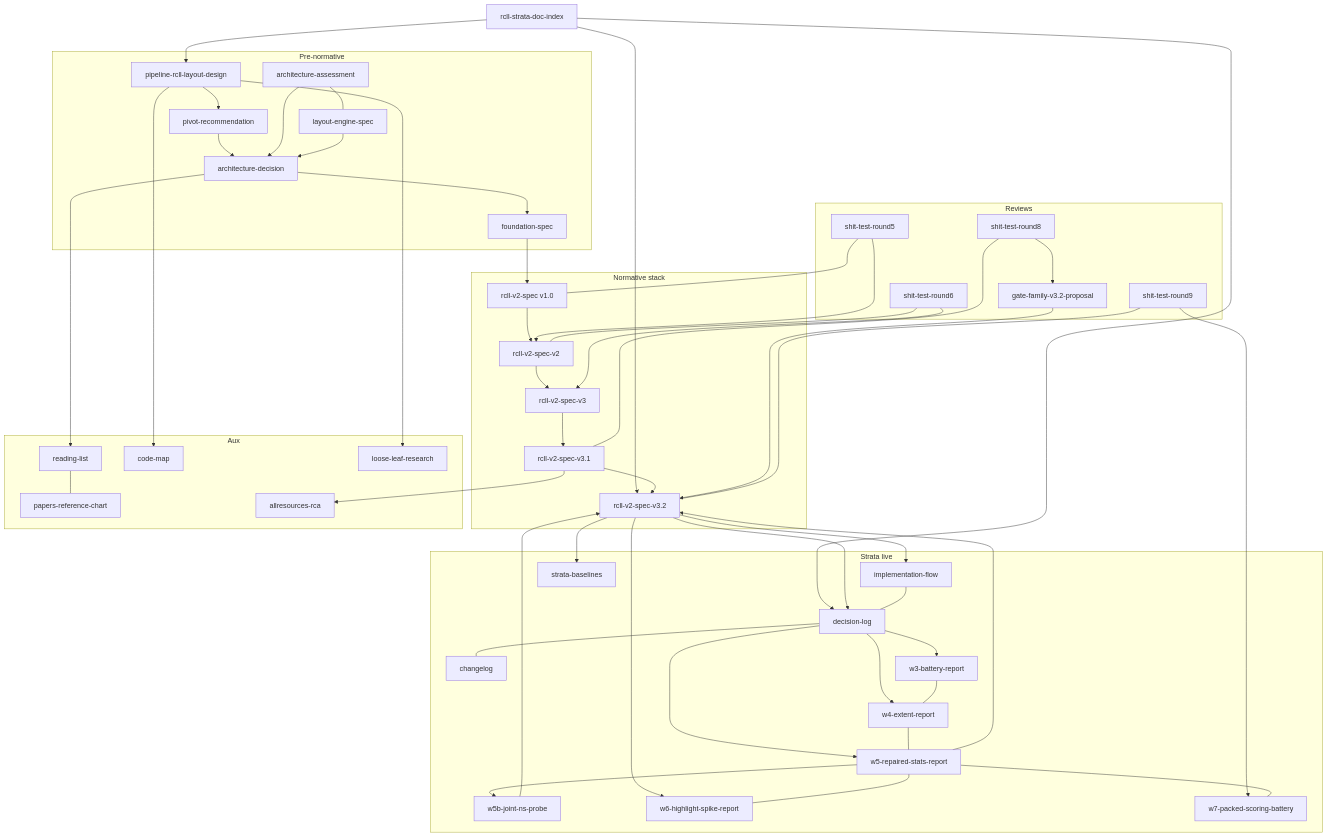
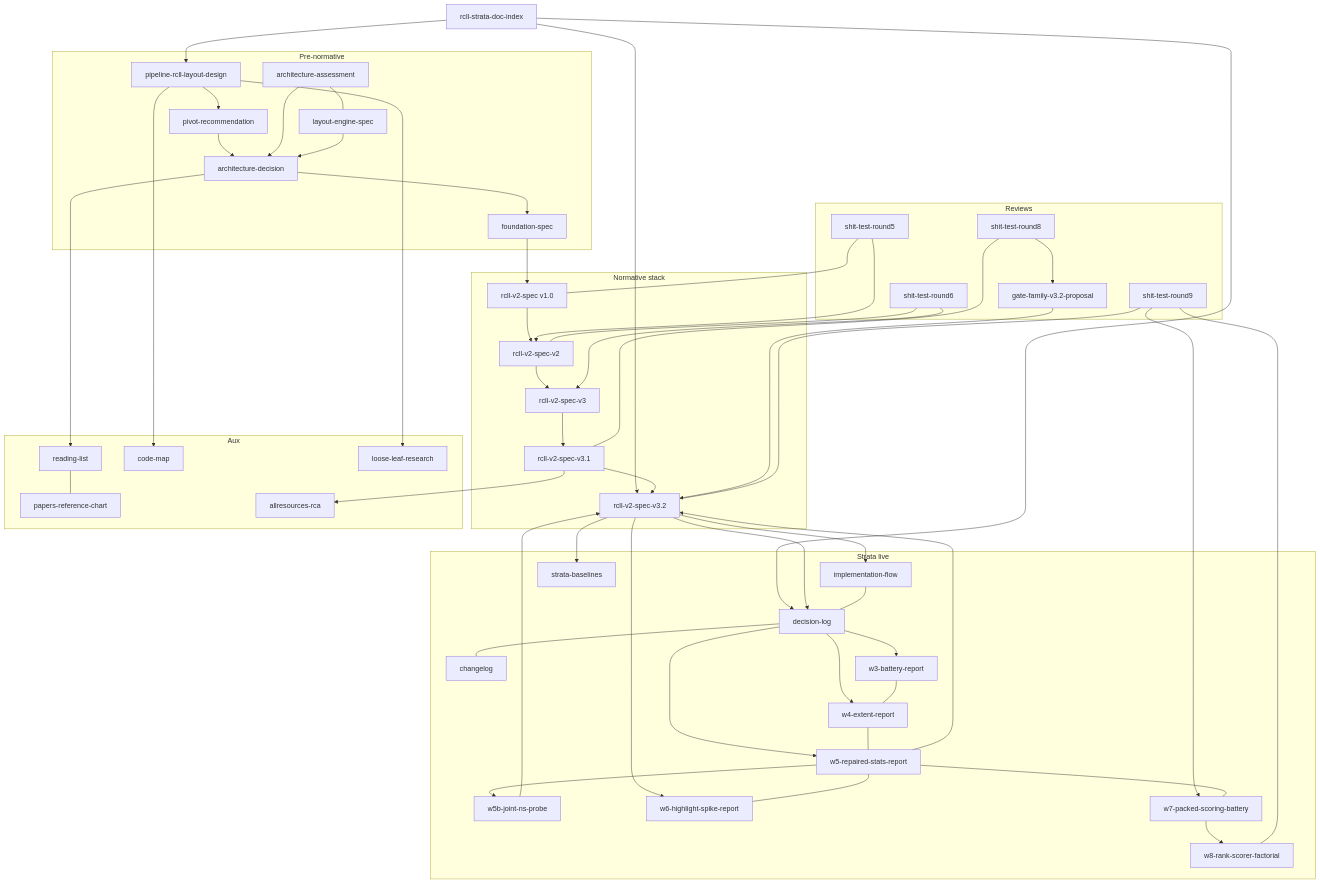
One commit to TusharSariya/excalidraw-tf changed the diagram in docs/rcll-strata-doc-index.md. Above: the diagram before and after it, drawn with Mermaid. The commit also changed other lines of this file and 6 other files, not shown here.

First line of the commit message:
feat(terraform): W8 rank×scorer factorial battery + M-H/M-TCR/M-ANG gate cells (SDEC-59)

```diff
--- a/docs/rcll-strata-doc-index.md
+++ b/docs/rcll-strata-doc-index.md
@@ -131,6 +132,7 @@
     W5b[w5b-joint-ns-probe]
     W6[w6-highlight-spike-report]
     W7[w7-packed-scoring-battery]
+    W8[w8-rank-scorer-factorial]
     Base[strata-baselines]
   end
 
@@ -180,6 +182,8 @@
   W5 --- W6
   R9 --> W7
   W5 --- W7
+  W7 --> W8
+  R9 --- W8
   W3 --- W4
   W4 --- W5
   V32 --> Base
```
